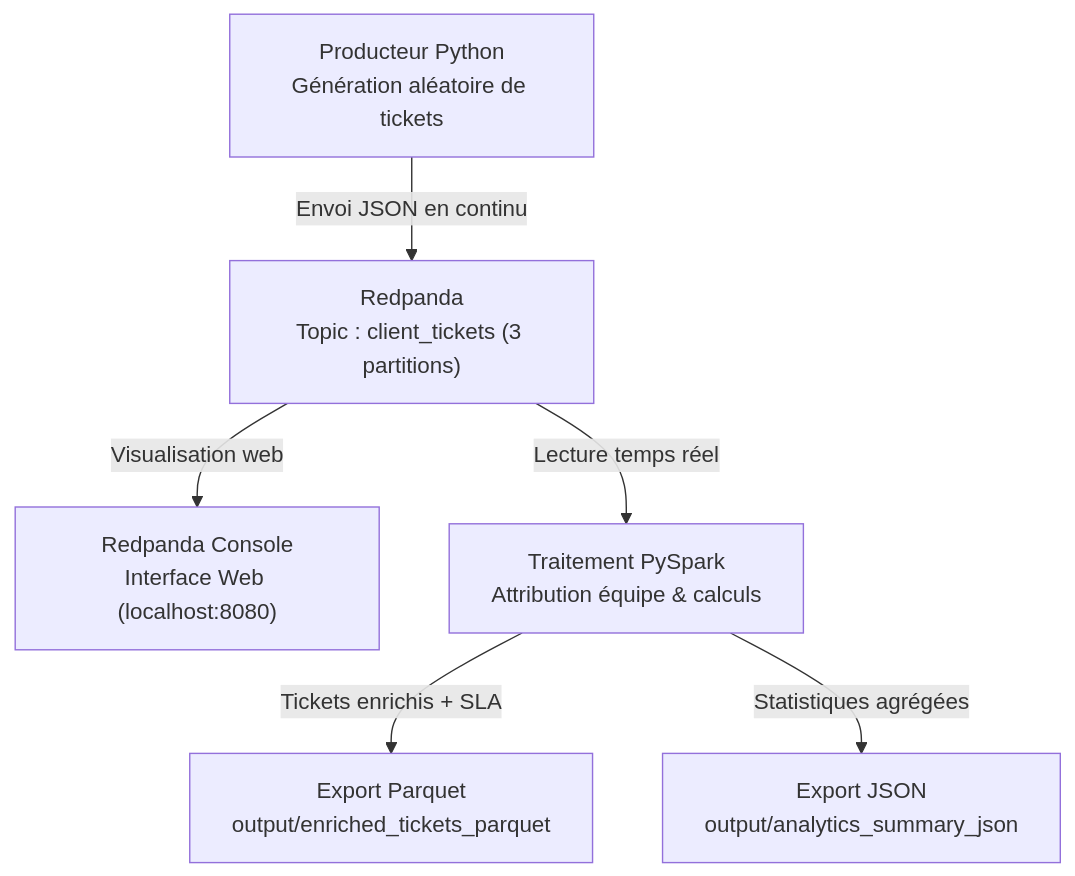
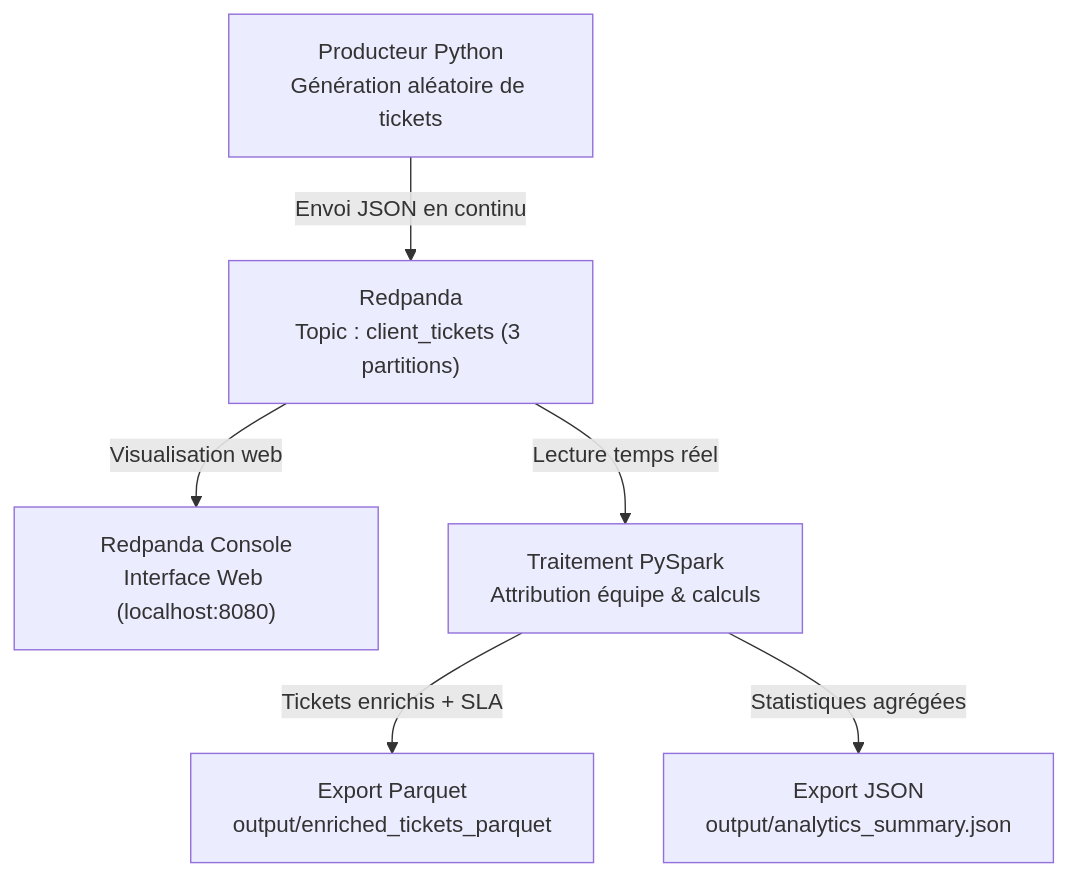
Before and after one commit to GodiForge/indutech-tickets-poc: the diagram in README.md, drawn with Mermaid. The commit also changed other lines of this file and 3504 other files, not shown here.

````diff
--- a/README.md
+++ b/README.md
@@ -9,8 +9,8 @@
 ```mermaid
 flowchart TD
     A["Producteur Python<br/>Génération aléatoire de tickets"] -->|"Envoi JSON en continu"| B["Redpanda<br/>Topic : client_tickets (3 partitions)"]
     B -->|"Visualisation web"| C["Redpanda Console<br/>Interface Web (localhost:8080)"]
     B -->|"Lecture temps réel"| D["Traitement PySpark<br/>Attribution équipe & calculs"]
     D -->|"Tickets enrichis + SLA"| E["Export Parquet<br/>output/enriched_tickets_parquet"]
-    D -->|"Statistiques agrégées"| F["Export JSON<br/>output/analytics_summary_json"]
+    D -->|"Statistiques agrégées"| F["Export JSON<br/>output/analytics_summary.json"]
 ```
````
